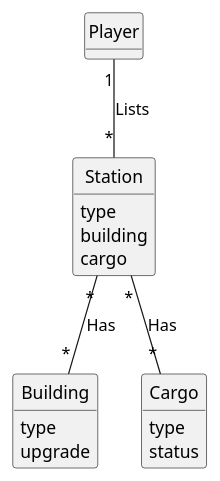
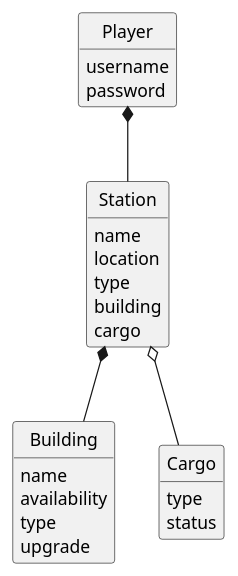
One commit to goncalolopesp/sem2-pi-24.25-g093-repo changed the diagram in docs/system-documentation/US007/02.analysis/puml/US007-DM.puml. Above: the diagram before and after it, drawn with PlantUML. The commit also changed 1 other file, not shown here.

```diff
--- a/docs/system-documentation/US007/02.analysis/puml/US007-DM.puml
+++ b/docs/system-documentation/US007/02.analysis/puml/US007-DM.puml
@@ -1,35 +1,41 @@
 @startuml
 skinparam monochrome true
 skinparam packageStyle rectangle
 skinparam shadowing false
 skinparam classAttributeIconSize 0
 
 hide circle
 hide methods
 
-class Player{
-
+class Player {
+    username
+    password
+    + buyTrain(carriage: Carriage, locomotive: Locomotive)
 }
 
-class Station{
+class Station {
+    name
+    location
     type
     building
     cargo
 }
 
-class Building{
+class Building {
+    name
+    availability
     type
     upgrade
 }
 
 class Cargo{
     type
     status
 }
 
-Player "1"--"*" Station : Lists
+Player *-- Station
 
-Station "*"--"*" Building : Has
-Station "*"--"*" Cargo : Has
+Station *-- Building
+Station o-- Cargo
 
 @enduml
```
